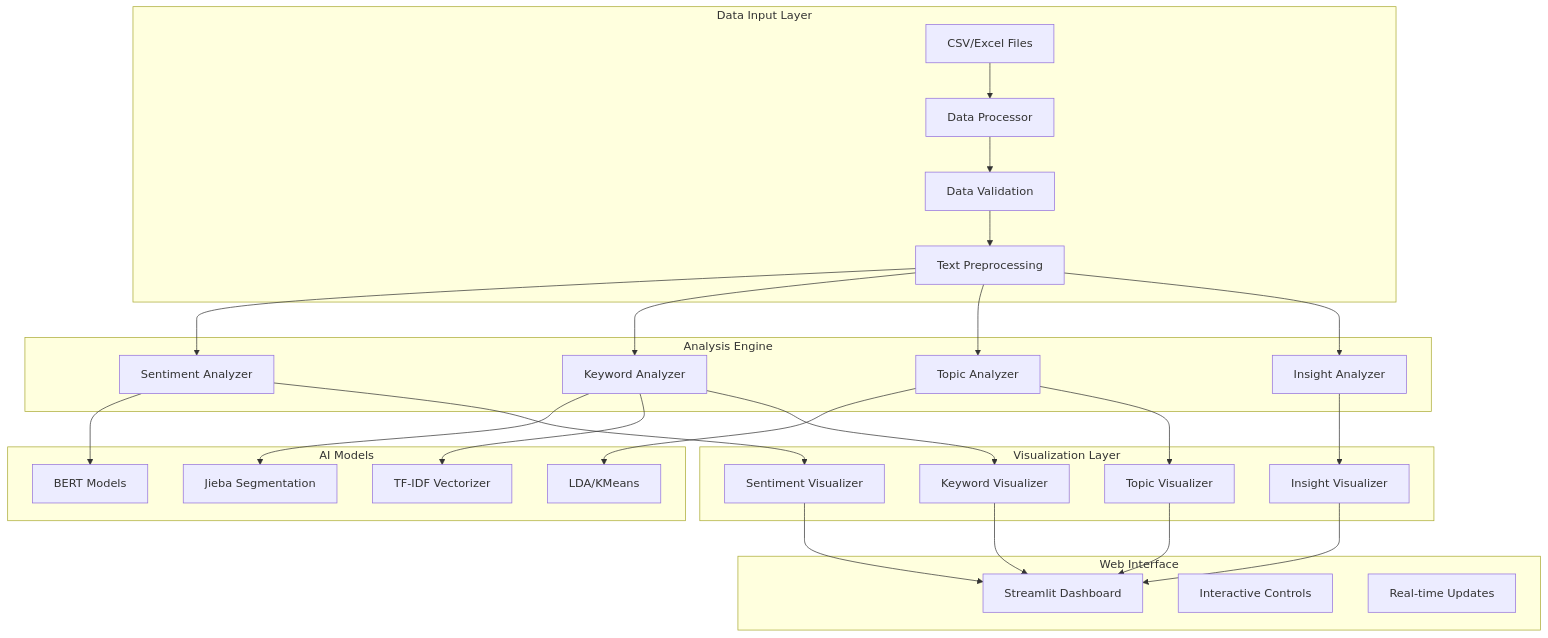
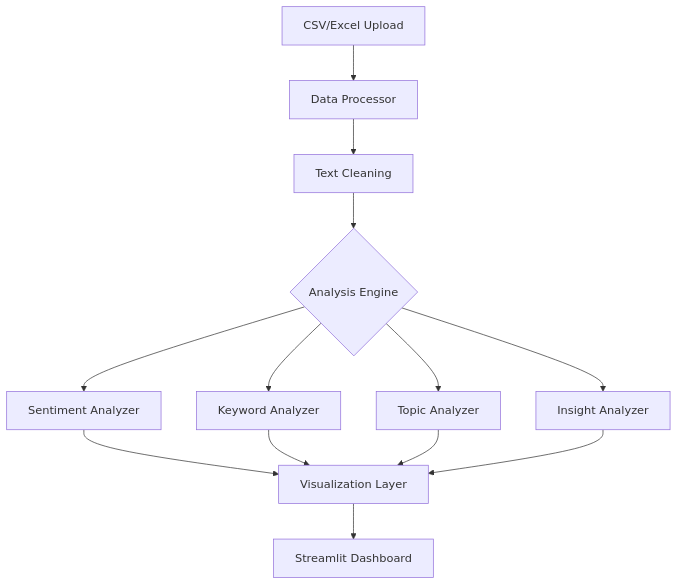
Before and after one commit to ChanMeng666/customer-insight: the diagram in README.md, drawn with Mermaid. The commit also changed other lines of this file and 23 other files, not shown here.

````diff
--- a/README.md
+++ b/README.md
@@ -232,50 +65,15 @@
 ```mermaid
-graph TB
-    subgraph "Data Input Layer"
-        A[CSV/Excel Files] --> B[Data Processor]
-        B --> C[Data Validation]
-        C --> D[Text Preprocessing]
-    end
-    
-    subgraph "Analysis Engine"
-        D --> E[Sentiment Analyzer]
-        D --> F[Keyword Analyzer]
-        D --> G[Topic Analyzer]
-        D --> H[Insight Analyzer]
-    end
-    
-    subgraph "AI Models"
-        I[BERT Models]
-        J[Jieba Segmentation]
-        K[TF-IDF Vectorizer]
-        L[LDA/KMeans]
-    end
-    
-    subgraph "Visualization Layer"
-        M[Sentiment Visualizer]
-        N[Keyword Visualizer]
-        O[Topic Visualizer]
-        P[Insight Visualizer]
-    end
-    
-    subgraph "Web Interface"
-        Q[Streamlit Dashboard]
-        R[Interactive Controls]
-        S[Real-time Updates]
-    end
-    
-    E --> I
-    F --> J
-    F --> K
-    G --> L
-    
-    E --> M
-    F --> N
-    G --> O
-    H --> P
-    
-    M --> Q
-    N --> Q
-    O --> Q
-    P --> Q
+graph TD
+    A[CSV/Excel Upload] --> B[Data Processor]
+    B --> C[Text Cleaning]
+    C --> D{Analysis Engine}
+    D --> E[Sentiment Analyzer]
+    D --> F[Keyword Analyzer]
+    D --> G[Topic Analyzer]
+    D --> H[Insight Analyzer]
+    E --> I[Visualization Layer]
+    F --> I
+    G --> I
+    H --> I
+    I --> J[Streamlit Dashboard]
 ```
````
